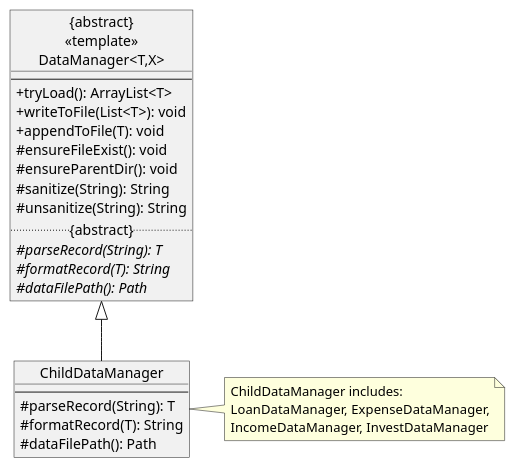
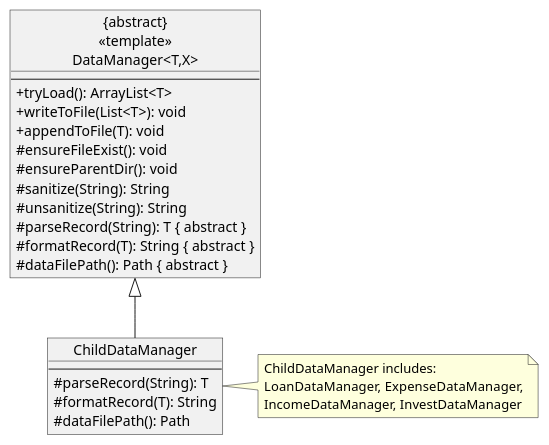
Before and after one commit to AY2526S1-CS2113-T10-1/tp: the diagram in docs/diagrams/uml/storage/DataManagerClassDiagram.puml, drawn with PlantUML. The commit also changed 3 other files, not shown here.

```diff
--- a/docs/diagrams/uml/storage/DataManagerClassDiagram.puml
+++ b/docs/diagrams/uml/storage/DataManagerClassDiagram.puml
@@ -1,33 +1,31 @@
 @startuml
 'https://plantuml.com/class-diagram
 
 skinparam classAttributeIconSize 0
 
 show {abstract}
 
 object "{abstract}\n<<template>>\nDataManager<T,X>" as DM {
 --
 + tryLoad(): ArrayList<T>
 + writeToFile(List<T>): void
 + appendToFile(T): void
 # ensureFileExist(): void
 # ensureParentDir(): void
 # sanitize(String): String
 # unsanitize(String): String
-
-..{abstract}..
-# parseRecord(String): T {abstract}
-# formatRecord(T): String {abstract}
-# dataFilePath(): Path {abstract}
+# parseRecord(String): T { abstract }
+# formatRecord(T): String { abstract }
+# dataFilePath(): Path { abstract }
 }
 
 object ChildDataManager {
 --
 # parseRecord(String): T
 # formatRecord(T): String
 # dataFilePath(): Path
 }
 
 note right of ChildDataManager: ChildDataManager includes:\nLoanDataManager, ExpenseDataManager,\nIncomeDataManager, InvestDataManager
 DM <|-- ChildDataManager
 @enduml
```
